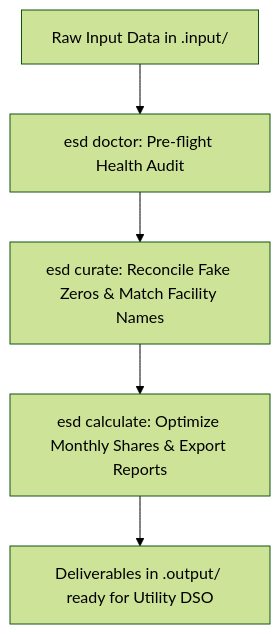
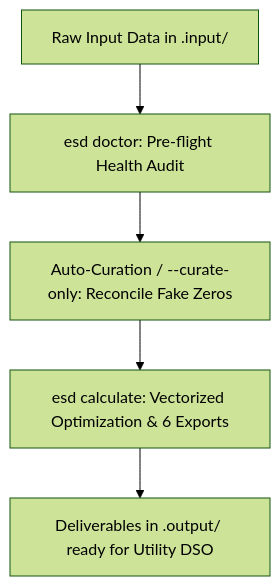
Before and after one commit to marcosDLCS/electricity-share-distributor: the second of 2 diagrams in docs/GUIDE_EN.md, drawn with Mermaid (forest theme). The commit also changed other lines of this file and 6 other files, not shown here.

````diff
--- a/docs/GUIDE_EN.md
+++ b/docs/GUIDE_EN.md
@@ -209,7 +170,7 @@
 ```mermaid
 graph TD
     A[Raw Input Data in .input/] --> B[esd doctor: Pre-flight Health Audit]
-    B --> C[esd curate: Reconcile Fake Zeros & Match Facility Names]
-    C --> D[esd calculate: Optimize Monthly Shares & Export Reports]
+    B --> C[Auto-Curation / --curate-only: Reconcile Fake Zeros]
+    C --> D[esd calculate: Vectorized Optimization & 6 Exports]
     D --> E[Deliverables in .output/ ready for Utility DSO]
 ```
````
